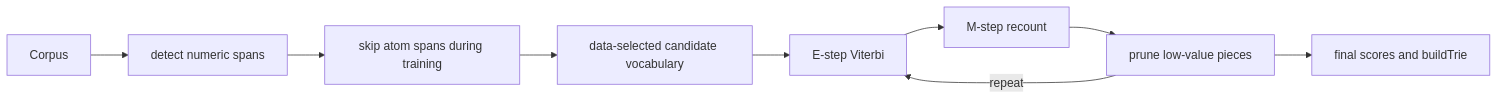
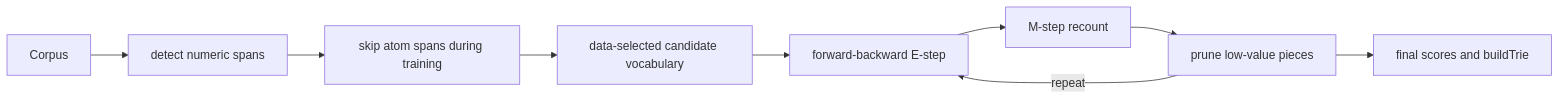
Before and after one commit to Reaper3825/G.R.I.M: the third of 3 diagrams in resources/models/GRIM-text/Shared/UnigramByte/UnigramByte.codoc.md, drawn with Mermaid. The commit also changed other lines of this file and 9 other files, not shown here.

First line of the commit message:
Add Unigram Forward-Backward Estimator for Training

````diff
--- a/resources/models/GRIM-text/Shared/UnigramByte/UnigramByte.codoc.md
+++ b/resources/models/GRIM-text/Shared/UnigramByte/UnigramByte.codoc.md
@@ -167,11 +168,11 @@
 ```mermaid
 flowchart LR
     CORPUS[Corpus] --> DETECT[detect numeric spans]
     DETECT --> SKIP[skip atom spans during training]
    SKIP --> CAND[data-selected candidate vocabulary]
-   CAND --> E[E-step Viterbi]
+   CAND --> E[forward-backward E-step]
     E --> M[M-step recount]
     M --> P[prune low-value pieces]
     P -->|repeat| E
     P --> FINAL[final scores and buildTrie]
 ```
````
